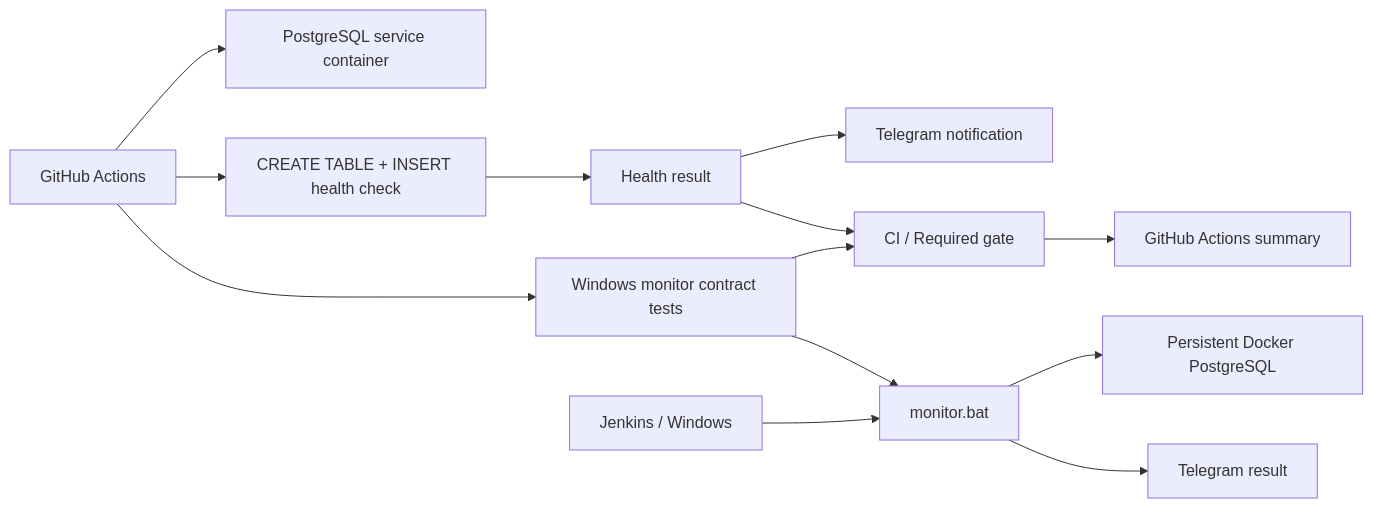
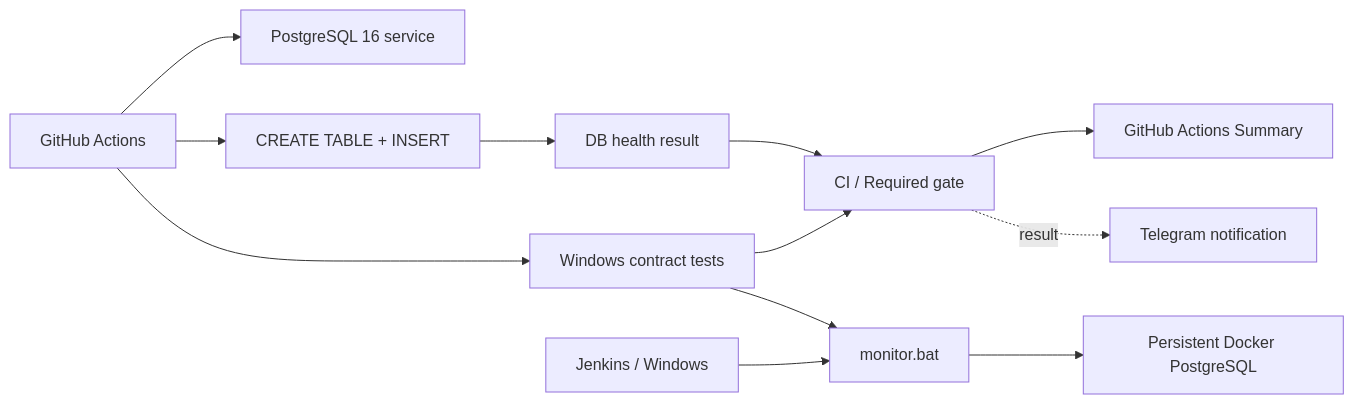
The diagram in README.md (TokhirjonYuldoshev/qa-docker-monitor), drawn with Mermaid before and after one commit. The commit also changed other lines of this file and 3 other files, not shown here.

````diff
--- a/README.md
+++ b/README.md
@@ -21,17 +23,16 @@
 ```mermaid
 flowchart LR
-    GH[GitHub Actions] --> PG1[PostgreSQL service container]
-    GH --> SQL1[CREATE TABLE + INSERT health check]
-    SQL1 --> R[Health result]
-    R --> TG1[Telegram notification]
+    GH[GitHub Actions] --> PG1[PostgreSQL 16 service]
+    GH --> SQL1[CREATE TABLE + INSERT]
+    SQL1 --> R[DB health result]
 
-    GH --> WT[Windows monitor contract tests]
+    GH --> WT[Windows contract tests]
     WT --> BAT[monitor.bat]
     J[Jenkins / Windows] --> BAT
     BAT --> PG2[Persistent Docker PostgreSQL]
-    BAT --> TG2[Telegram result]
 
     R --> G[CI / Required gate]
     WT --> G
-    G --> S[GitHub Actions summary]
+    G --> S[GitHub Actions Summary]
+    G -. result .-> TG[Telegram notification]
 ```
````
